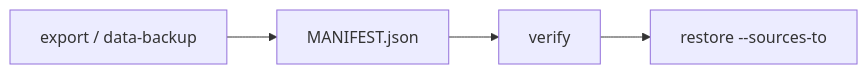
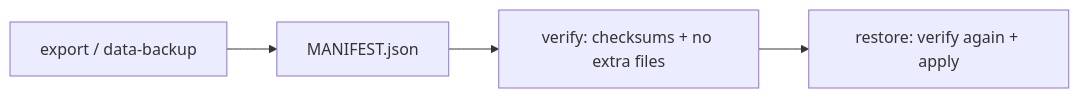
Before and after one commit to thecuriousts/ensembly: the diagram in docs/portable-bundle.md, drawn with Mermaid. The commit also changed other lines of this file and 14 other files, not shown here.

````diff
--- a/docs/portable-bundle.md
+++ b/docs/portable-bundle.md
@@ -63,6 +63,6 @@
 ```mermaid
 flowchart LR
   export[export / data-backup] --> manifest[MANIFEST.json]
-  manifest --> verify[verify]
-  verify --> restore[restore --sources-to]
+  manifest -->   verify[verify: checksums + no extra files]
+  verify --> restore[restore: verify again + apply]
 ```
````
